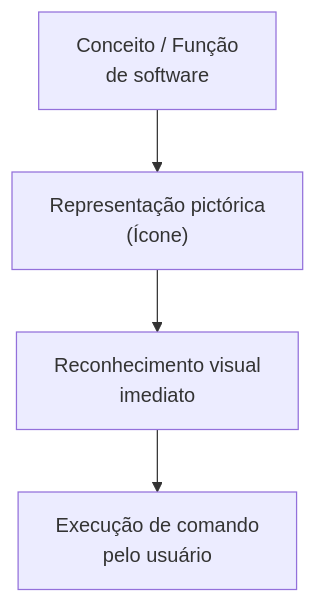
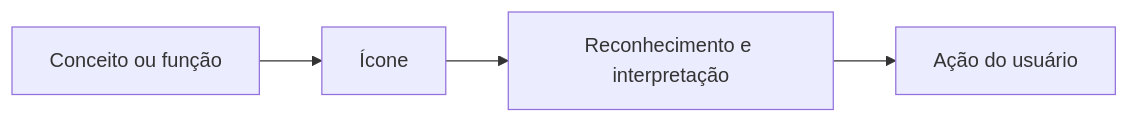
Before and after one commit to leorruas/puc: the diagram in 08. Design de Interacao/17. Projeto de ícones em interfaces interativas - metáfora, mapeamento direto e convenção.md, drawn with Mermaid. The commit also changed other lines of this file, not shown here.

````diff
--- a/08. Design de Interacao/17. Projeto de ícones em interfaces interativas - metáfora, mapeamento direto e convenção.md
+++ b/08. Design de Interacao/17. Projeto de ícones em interfaces interativas - metáfora, mapeamento direto e convenção.md
@@ -39,6 +39,11 @@
 ```mermaid
-flowchart TD
-    Conceito["Conceito / Função<br>de software"] --> Signo["Representação pictórica<br>(Ícone)"]
-    Signo --> Reconhecimento["Reconhecimento visual<br>imediato"]
-    Reconhecimento --> Ação["Execução de comando<br>pelo usuário"]
+flowchart LR
+    Conceito["Conceito ou função"]:::external
+    Icone["Ícone"]:::core
+    Interpretacao["Reconhecimento e interpretação"]:::component
+    Acao["Ação do usuário"]:::data
+
+    Conceito --> Icone
+    Icone --> Interpretacao
+    Interpretacao --> Acao
 ```
````
